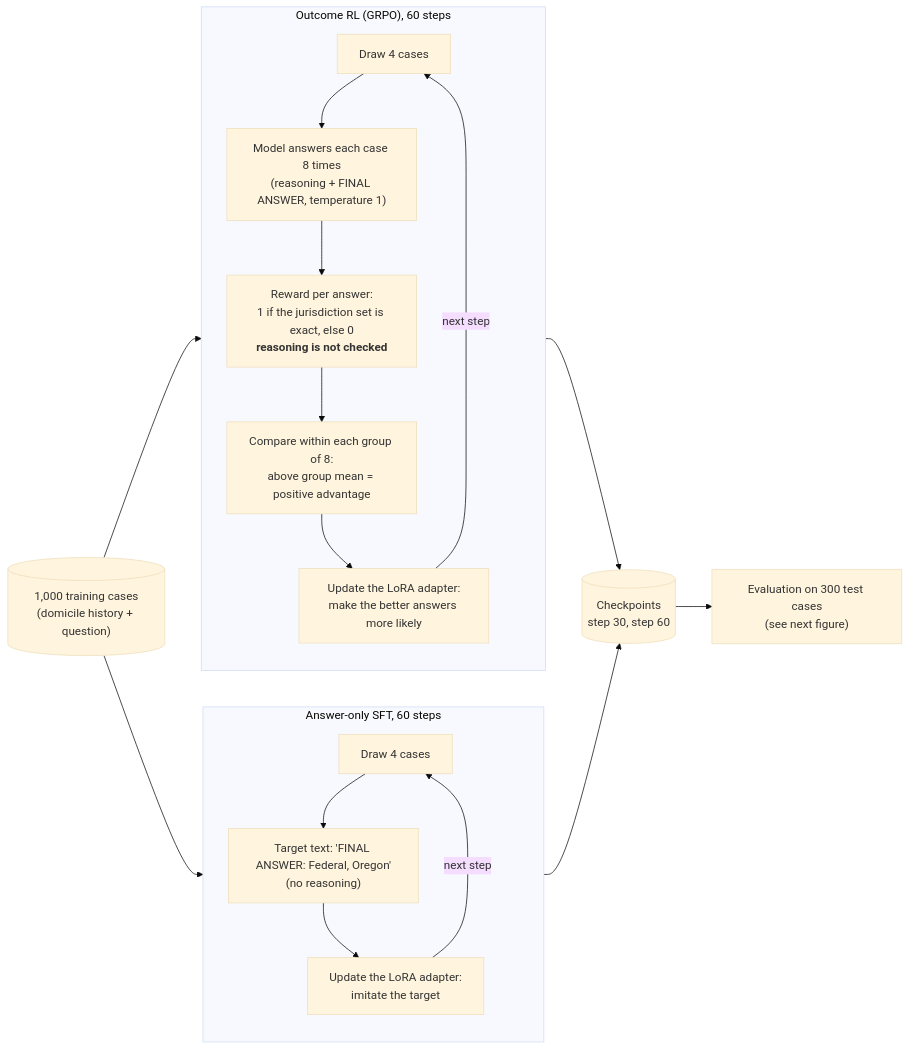
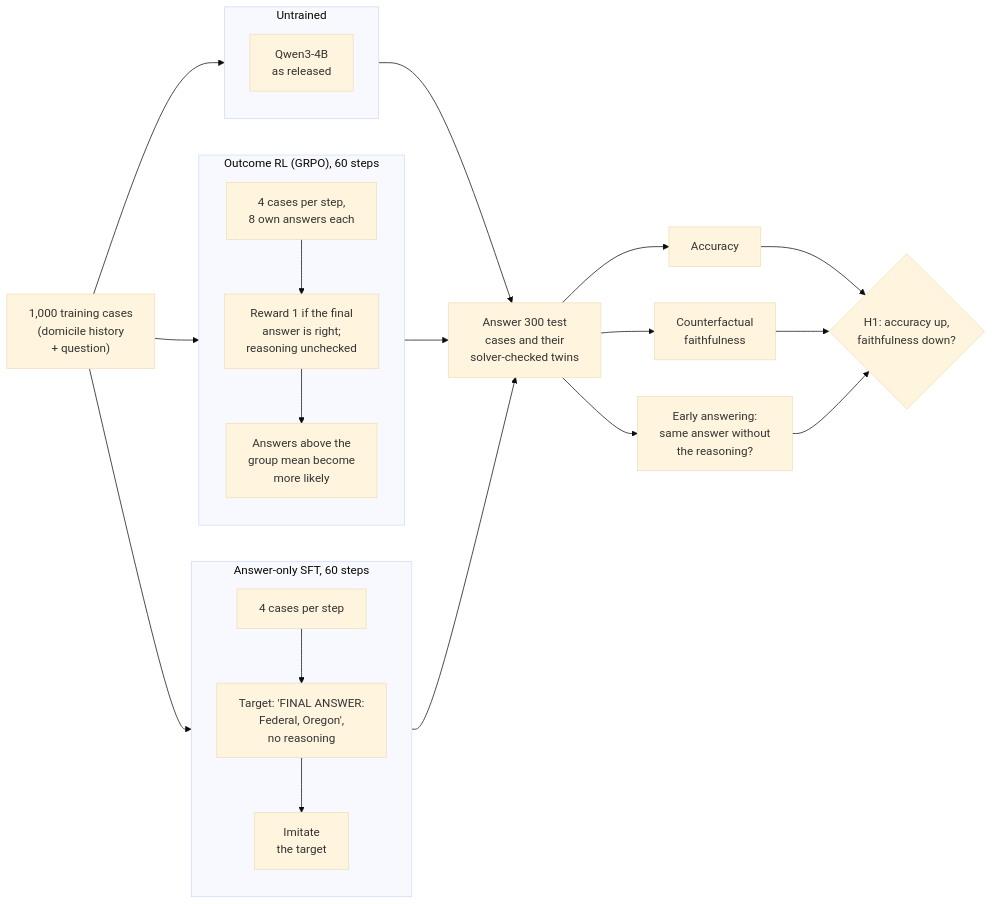
Before and after one commit to mert-ayv/right-outcome-wrong-reasons: the diagram in README.md, drawn with Mermaid (base theme). The commit also changed other lines of this file and 1 other file, not shown here.

Commit message:
README: summary section and one compact diagram of arms and evaluation

````diff
--- a/README.md
+++ b/README.md
@@ -22,26 +41,28 @@
 ```mermaid
 flowchart LR
-    D[("1,000 training cases<br/>(domicile history + question)")]
-
-    subgraph GRPO["Outcome RL (GRPO), 60 steps"]
+    D["1,000 training cases<br/>(domicile history<br/>+ question)"]
+    subgraph U["Untrained"]
         direction TB
-        G1["Draw 4 cases"] --> G2["Model answers each case 8 times<br/>(reasoning + FINAL ANSWER, temperature 1)"]
-        G2 --> G3["Reward per answer:<br/>1 if the jurisdiction set is exact, else 0<br/><b>reasoning is not checked</b>"]
-        G3 --> G4["Compare within each group of 8:<br/>above group mean = positive advantage"]
-        G4 --> G5["Update the LoRA adapter:<br/>make the better answers more likely"]
-        G5 -->|next step| G1
+        U1["Qwen3-4B<br/>as released"]
     end
-
-    subgraph SFT["Answer-only SFT, 60 steps"]
+    subgraph R["Outcome RL (GRPO), 60 steps"]
         direction TB
-        S1["Draw 4 cases"] --> S2["Target text: 'FINAL ANSWER: Federal, Oregon'<br/>(no reasoning)"]
-        S2 --> S3["Update the LoRA adapter:<br/>imitate the target"]
-        S3 -->|next step| S1
+        R1["4 cases per step,<br/>8 own answers each"]
+        R2["Reward 1 if the final<br/>answer is right;<br/>reasoning unchecked"]
+        R3["Answers above the<br/>group mean become<br/>more likely"]
+        R1 --> R2 --> R3
     end
-
-    D --> GRPO
-    D --> SFT
-    GRPO --> C[("Checkpoints<br/>step 30, step 60")]
-    SFT --> C
-    C --> E["Evaluation on 300 test cases<br/>(see next figure)"]
+    subgraph S["Answer-only SFT, 60 steps"]
+        direction TB
+        S1["4 cases per step"]
+        S2["Target: 'FINAL ANSWER:<br/>Federal, Oregon',<br/>no reasoning"]
+        S3["Imitate<br/>the target"]
+        S1 --> S2 --> S3
+    end
+    D --> U & R & S
+    U & R & S --> E["Answer 300 test<br/>cases and their<br/>solver-checked twins"]
+    E --> M1["Accuracy"]
+    E --> M2["Counterfactual<br/>faithfulness"]
+    E --> M3["Early answering:<br/>same answer without<br/>the reasoning?"]
+    M1 & M2 & M3 --> H{"H1: accuracy up,<br/>faithfulness down?"}
 ```
````
